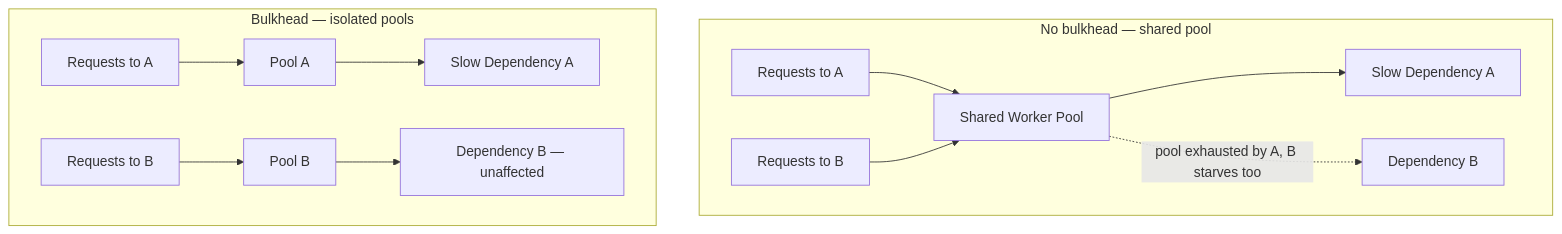
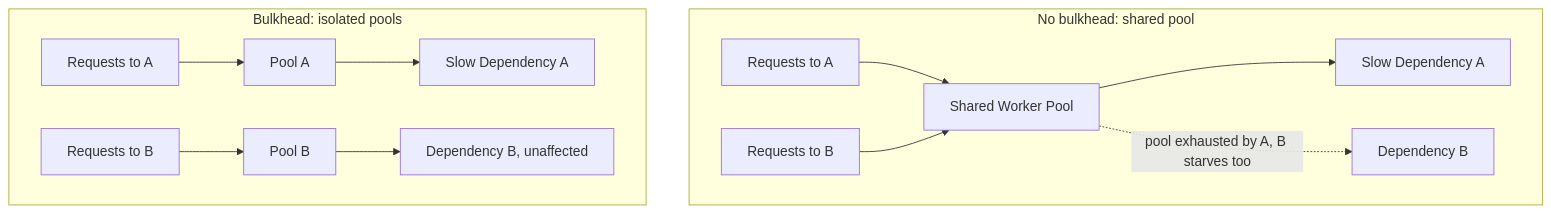
Before and after one commit to josuebrunel/josuebrunel.github.io: diagram 12 of 22 in content/interview/interview-prep-databases-systems.md, drawn with Mermaid. The commit also changed other lines of this file and 6 other files, not shown here.

````diff
--- a/content/interview/interview-prep-databases-systems.md
+++ b/content/interview/interview-prep-databases-systems.md
@@ -351,15 +656,15 @@
 ```mermaid
 graph TD
-    subgraph "No bulkhead — shared pool"
+    subgraph "No bulkhead: shared pool"
     ReqA1[Requests to A] --> Pool[Shared Worker Pool]
     ReqB1[Requests to B] --> Pool
     Pool --> SlowA[Slow Dependency A]
     Pool -.->|pool exhausted by A, B starves too| SlowB[Dependency B]
     end
-    subgraph "Bulkhead — isolated pools"
+    subgraph "Bulkhead: isolated pools"
     ReqA2[Requests to A] --> PoolA[Pool A]
     ReqB2[Requests to B] --> PoolB[Pool B]
     PoolA --> SlowA2[Slow Dependency A]
-    PoolB --> FastB[Dependency B — unaffected]
+    PoolB --> FastB[Dependency B, unaffected]
     end
 ```
````
